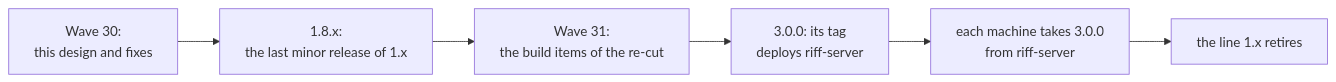
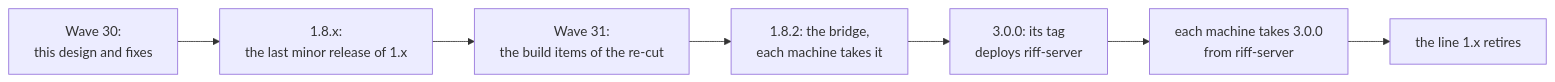
The third of 3 diagrams in docs/src/riff-3.md (como-technologies/riff), drawn with Mermaid before and after one commit. The commit also changed other lines of this file and 9 other files, not shown here.

First line of the commit message:
The bridge: riff of the lines 1 and 3 talk, in both directions (#1039)

````diff
--- a/docs/src/riff-3.md
+++ b/docs/src/riff-3.md
@@ -115,8 +115,9 @@
 ```mermaid
 flowchart LR
     W30["Wave 30:<br/>this design and fixes"] --> R18["1.8.x:<br/>the last minor release of 1.x"]
     R18 --> W31["Wave 31:<br/>the build items of the re-cut"]
-    W31 --> R3["3.0.0: its tag<br/>deploys riff-server"]
+    W31 --> B["1.8.2: the bridge,<br/>each machine takes it"]
+    B --> R3["3.0.0: its tag<br/>deploys riff-server"]
     R3 --> U["each machine takes 3.0.0<br/>from riff-server"]
     U --> X["the line 1.x retires"]
 ```
````
